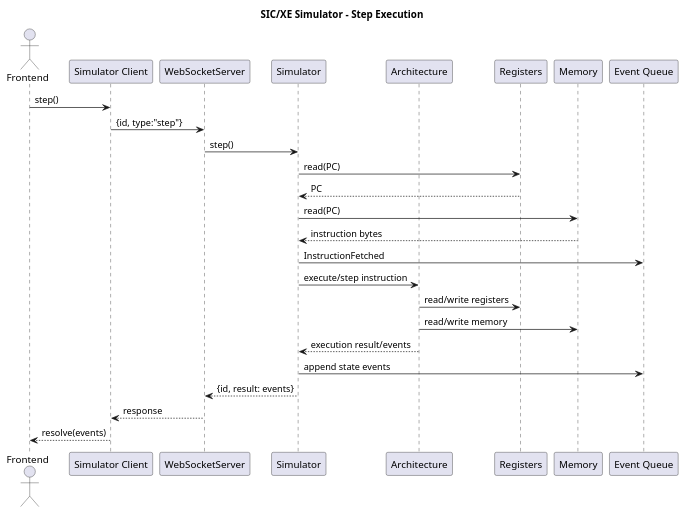
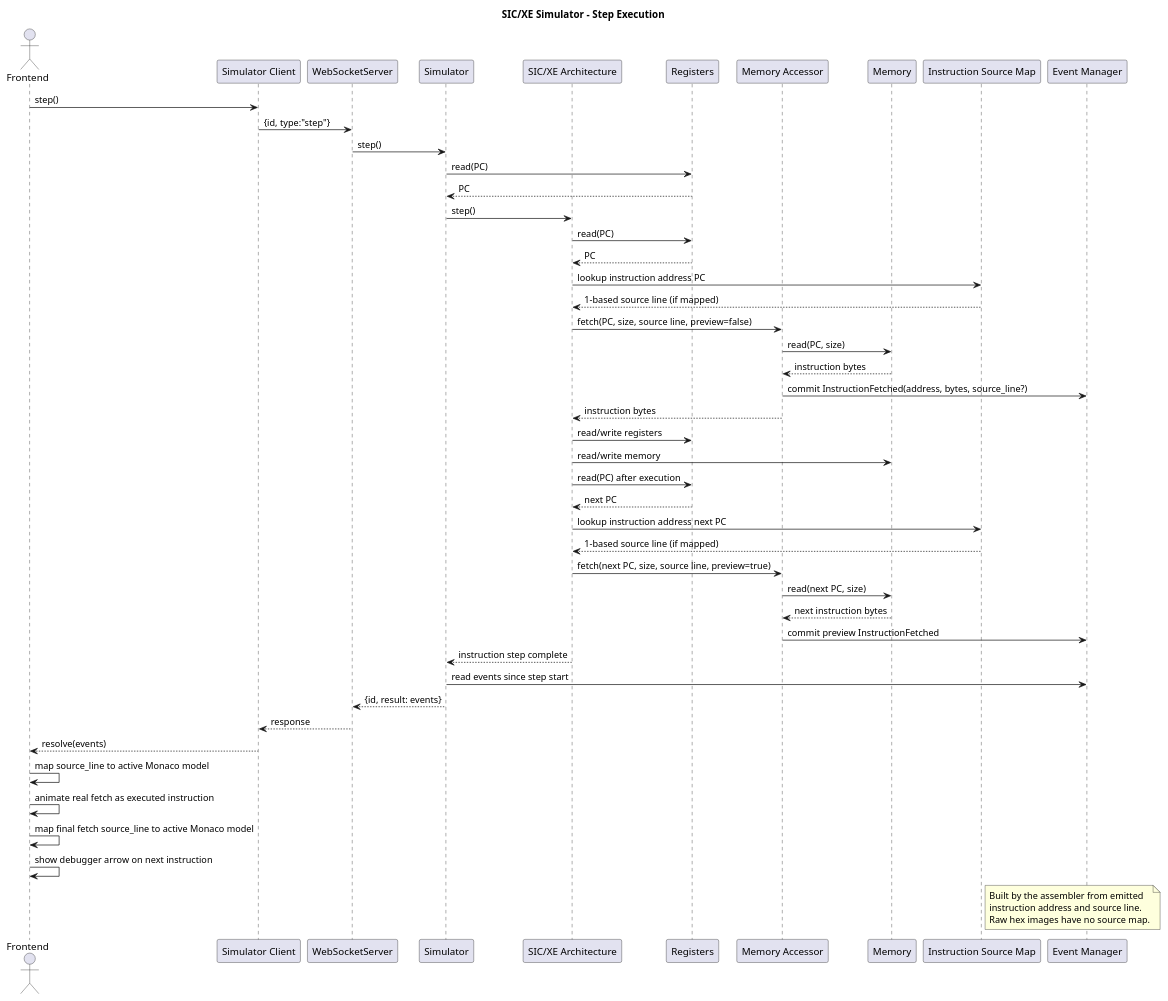
One commit to Eduardo-Machado-Behling/SIC-XE-Simulator changed the diagram in backend/docs/uml/06_step_sequence.puml. Above: the diagram before and after it, drawn with PlantUML. The commit also changed 40 other files, not shown here.

```diff
--- a/backend/docs/uml/06_step_sequence.puml
+++ b/backend/docs/uml/06_step_sequence.puml
@@ -1,36 +1,61 @@
 @startuml
 title SIC/XE Simulator - Step Execution
 actor Frontend
 participant "Simulator Client" as Client
 participant "WebSocketServer" as WS
 participant Simulator
-participant Architecture
+participant "SIC/XE Architecture" as Architecture
 participant Registers
+participant "Memory Accessor" as MemoryAccessor
 participant Memory
-participant "Event Queue" as Events
+participant "Instruction Source Map" as SourceMap
+participant "Event Manager" as Events
 
 Frontend -> Client : step()
 Client -> WS : {id, type:"step"}
 WS -> Simulator : step()
 
 Simulator -> Registers : read(PC)
 Registers --> Simulator : PC
 
-Simulator -> Memory : read(PC)
-Memory --> Simulator : instruction bytes
-
-Simulator -> Events : InstructionFetched
-
-Simulator -> Architecture : execute/step instruction
+Simulator -> Architecture : step()
+Architecture -> Registers : read(PC)
+Registers --> Architecture : PC
+Architecture -> SourceMap : lookup instruction address PC
+SourceMap --> Architecture : 1-based source line (if mapped)
+Architecture -> MemoryAccessor : fetch(PC, size, source line, preview=false)
+MemoryAccessor -> Memory : read(PC, size)
+Memory --> MemoryAccessor : instruction bytes
+MemoryAccessor -> Events : commit InstructionFetched(address, bytes, source_line?)
+MemoryAccessor --> Architecture : instruction bytes
 
 Architecture -> Registers : read/write registers
 Architecture -> Memory : read/write memory
 
-Architecture --> Simulator : execution result/events
-Simulator -> Events : append state events
+Architecture -> Registers : read(PC) after execution
+Registers --> Architecture : next PC
+Architecture -> SourceMap : lookup instruction address next PC
+SourceMap --> Architecture : 1-based source line (if mapped)
+Architecture -> MemoryAccessor : fetch(next PC, size, source line, preview=true)
+MemoryAccessor -> Memory : read(next PC, size)
+Memory --> MemoryAccessor : next instruction bytes
+MemoryAccessor -> Events : commit preview InstructionFetched
+
+Architecture --> Simulator : instruction step complete
+Simulator -> Events : read events since step start
 
 Simulator --> WS : {id, result: events}
 WS --> Client : response
 Client --> Frontend : resolve(events)
+Frontend -> Frontend : map source_line to active Monaco model
+Frontend -> Frontend : animate real fetch as executed instruction
+Frontend -> Frontend : map final fetch source_line to active Monaco model
+Frontend -> Frontend : show debugger arrow on next instruction
+
+note right of SourceMap
+Built by the assembler from emitted
+instruction address and source line.
+Raw hex images have no source map.
+end note
 
 @enduml
```
